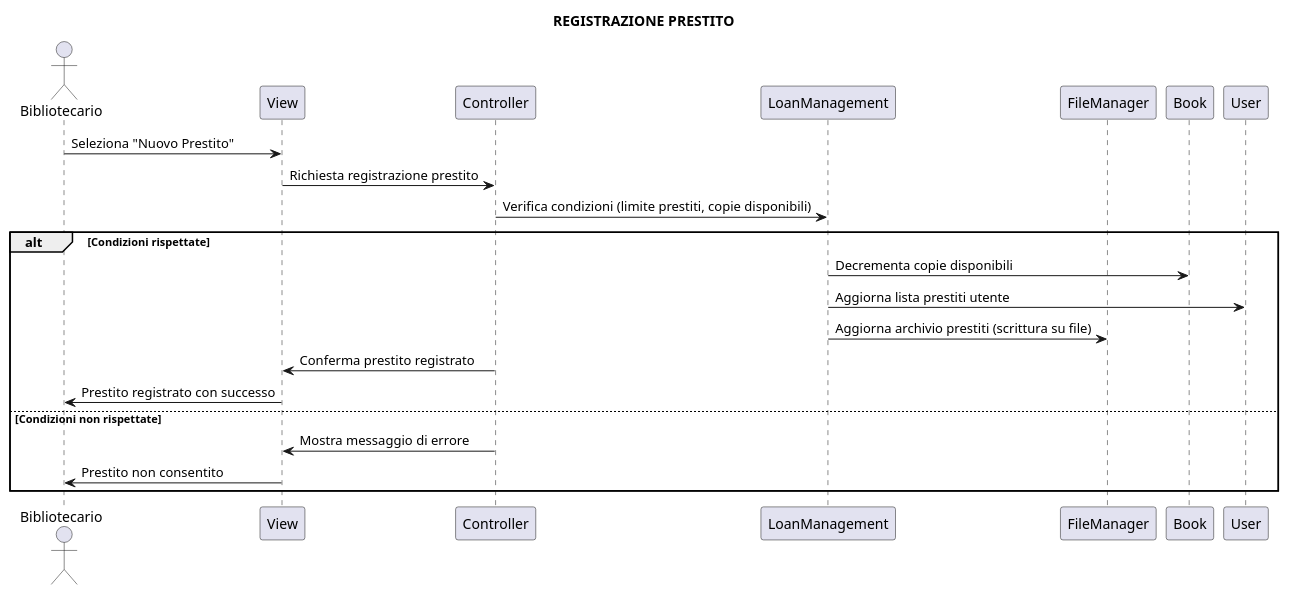
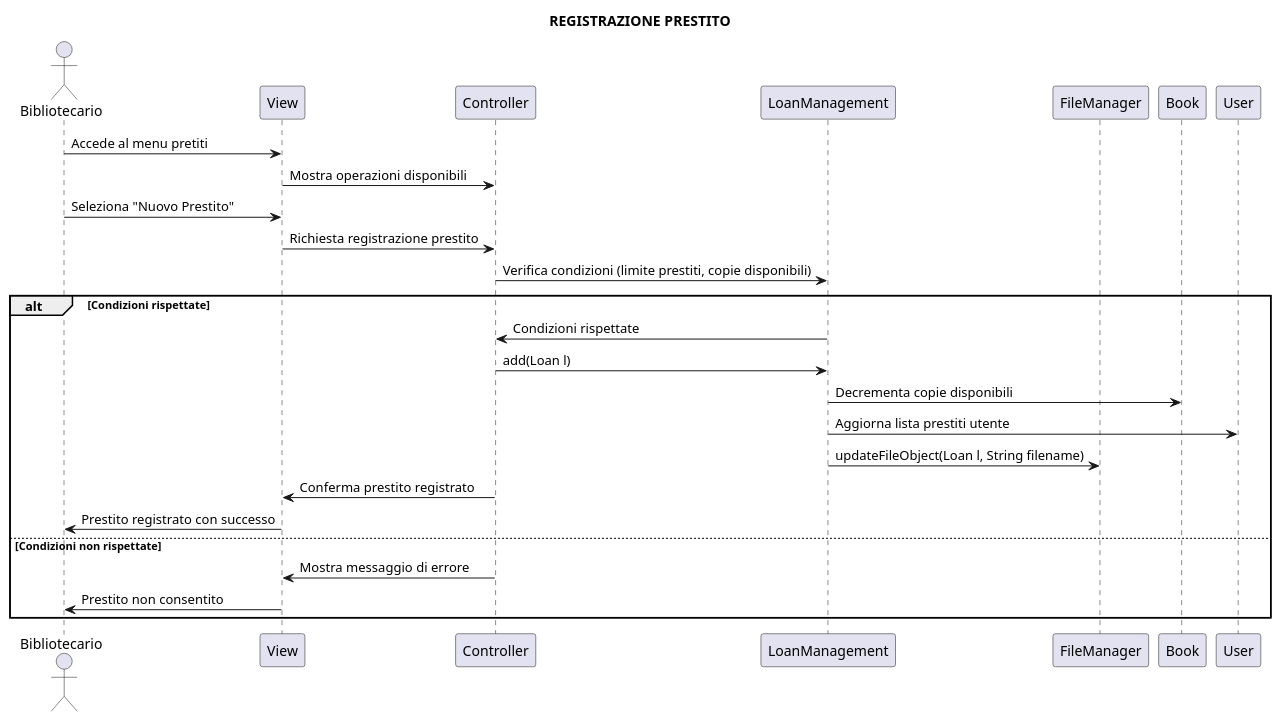
Before and after one commit to brunooliva7/Project-Ingegneria-del-Software14: the diagram in gruppo14BibliotecaUniversitaria/uml/RegistrazionePrestito.puml, drawn with PlantUML. The commit also changed other lines of this file and 18 other files, not shown here.

```diff
--- a/gruppo14BibliotecaUniversitaria/uml/RegistrazionePrestito.puml
+++ b/gruppo14BibliotecaUniversitaria/uml/RegistrazionePrestito.puml
@@ -1,26 +1,30 @@
 @startuml
 title REGISTRAZIONE PRESTITO
 
 actor Bibliotecario
 participant View
 participant Controller
 participant LoanManagement
 participant FileManager
 participant Book
 participant User
 
+Bibliotecario -> View: Accede al menu pretiti
+View -> Controller: Mostra operazioni disponibili
 Bibliotecario -> View: Seleziona "Nuovo Prestito"
 View -> Controller: Richiesta registrazione prestito
 Controller -> LoanManagement: Verifica condizioni (limite prestiti, copie disponibili)
 
 alt Condizioni rispettate
+    LoanManagement -> Controller: Condizioni rispettate
+    Controller -> LoanManagement: add(Loan l)
     LoanManagement -> Book: Decrementa copie disponibili
     LoanManagement -> User: Aggiorna lista prestiti utente
-    LoanManagement -> FileManager: Aggiorna archivio prestiti (scrittura su file)
+    LoanManagement -> FileManager: updateFileObject(Loan l, String filename)
     Controller -> View: Conferma prestito registrato
     View -> Bibliotecario: Prestito registrato con successo
 else Condizioni non rispettate
     Controller -> View: Mostra messaggio di errore
     View -> Bibliotecario: Prestito non consentito
 end
 @enduml
```
